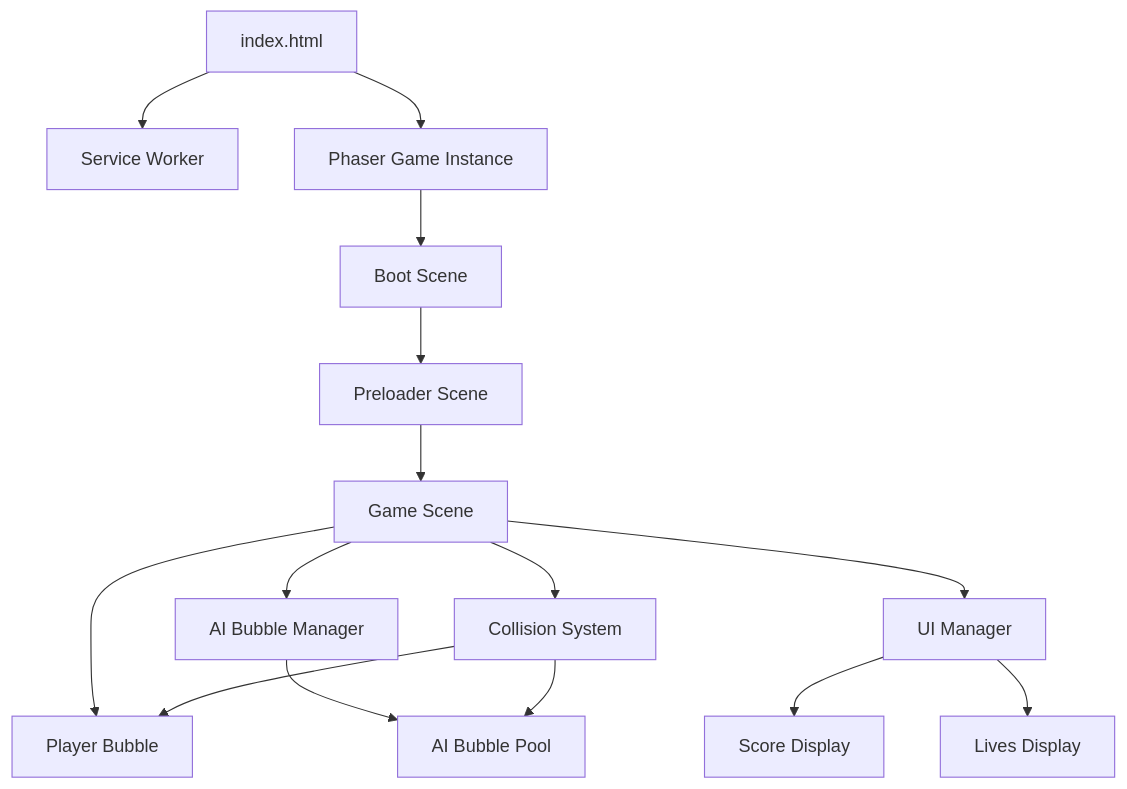
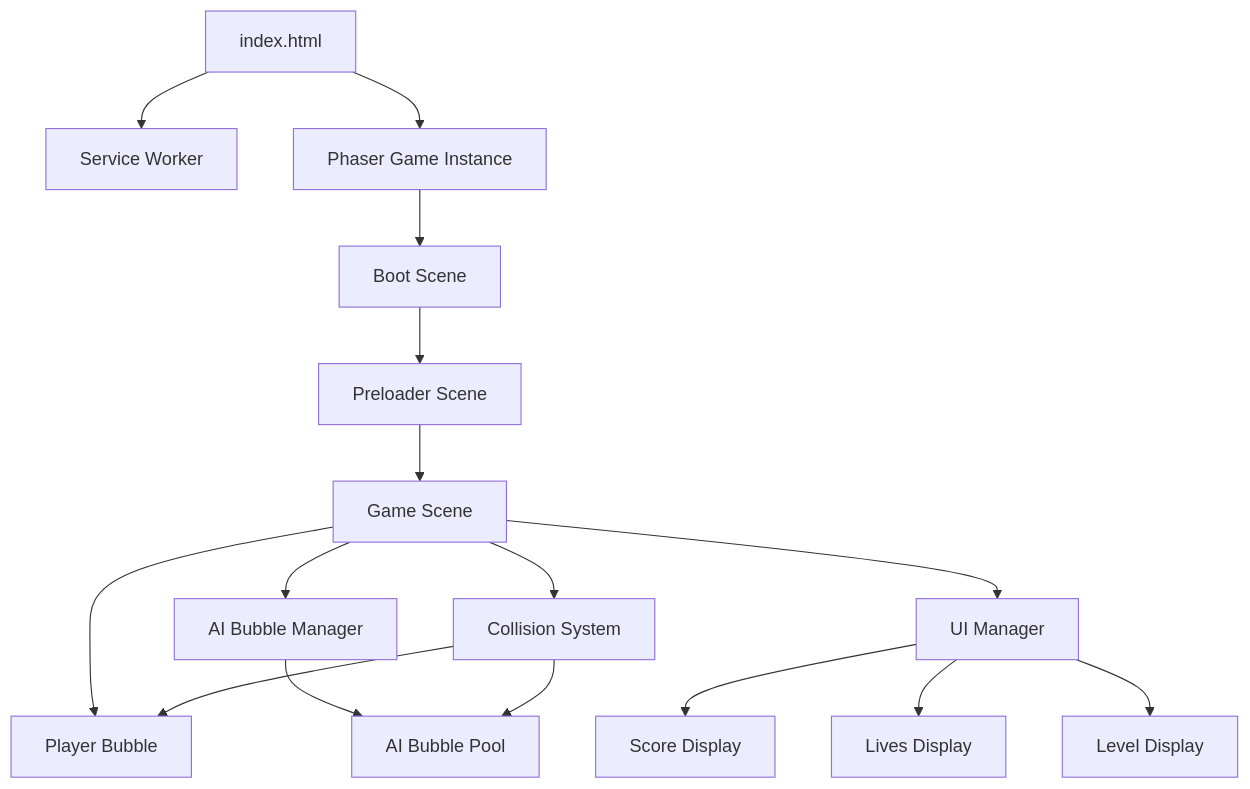
One commit to KeithRieck/sdd_kiro_bubble changed the diagram in .kiro/specs/bubble-consumption-game/design.md. Above: the diagram before and after it, drawn with Mermaid. The commit also changed other lines of this file and 2 other files, not shown here.

Commit message:
Fifth Pass: Level count.  Restart fix.

````diff
--- a/.kiro/specs/bubble-consumption-game/design.md
+++ b/.kiro/specs/bubble-consumption-game/design.md
@@ -24,17 +24,18 @@
 ```mermaid
 graph TD
     A[index.html] --> B[Service Worker]
     A --> C[Phaser Game Instance]
     C --> D[Boot Scene]
     D --> E[Preloader Scene]
     E --> F[Game Scene]
     F --> G[Player Bubble]
     F --> H[AI Bubble Manager]
     F --> I[Collision System]
     F --> J[UI Manager]
     H --> K[AI Bubble Pool]
     I --> G
     I --> K
     J --> L[Score Display]
     J --> M[Lives Display]
+    J --> N[Level Display]
 ```
````
